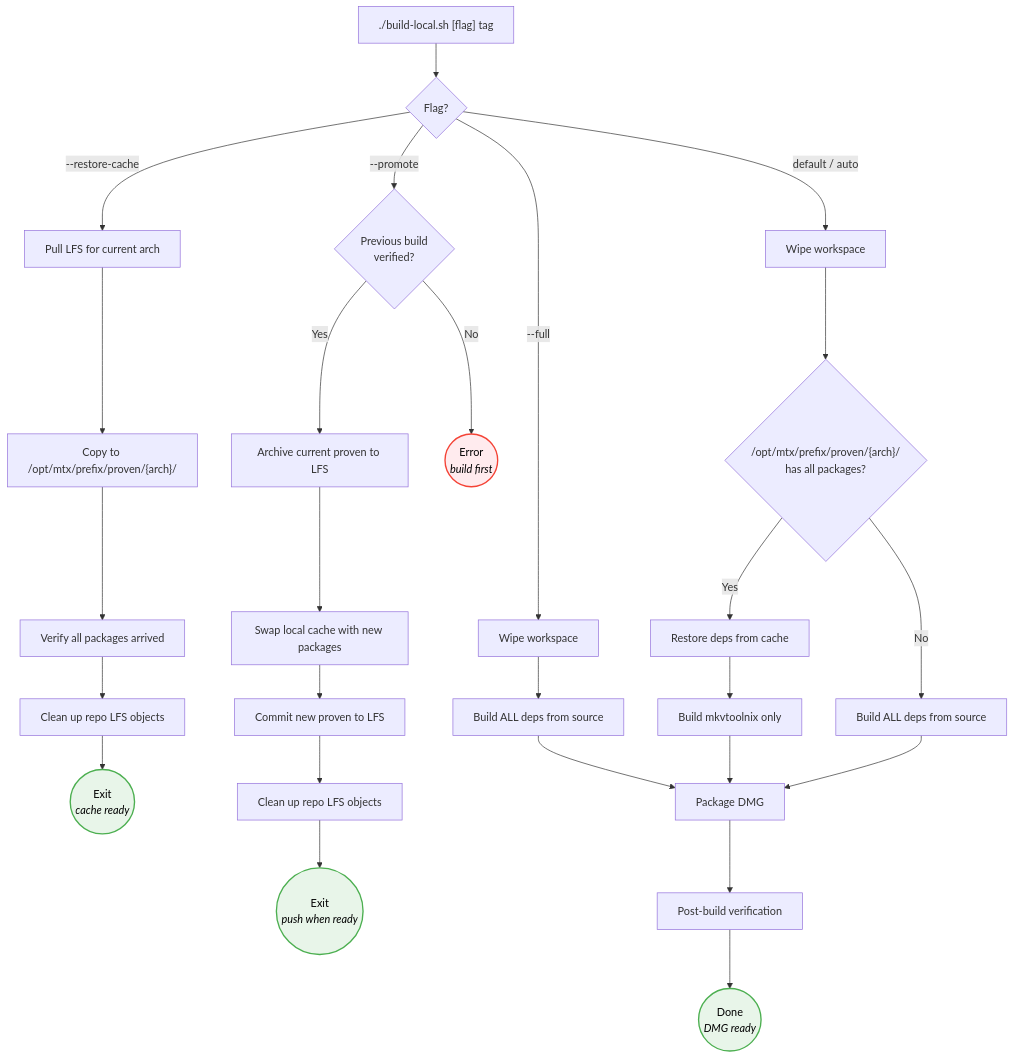
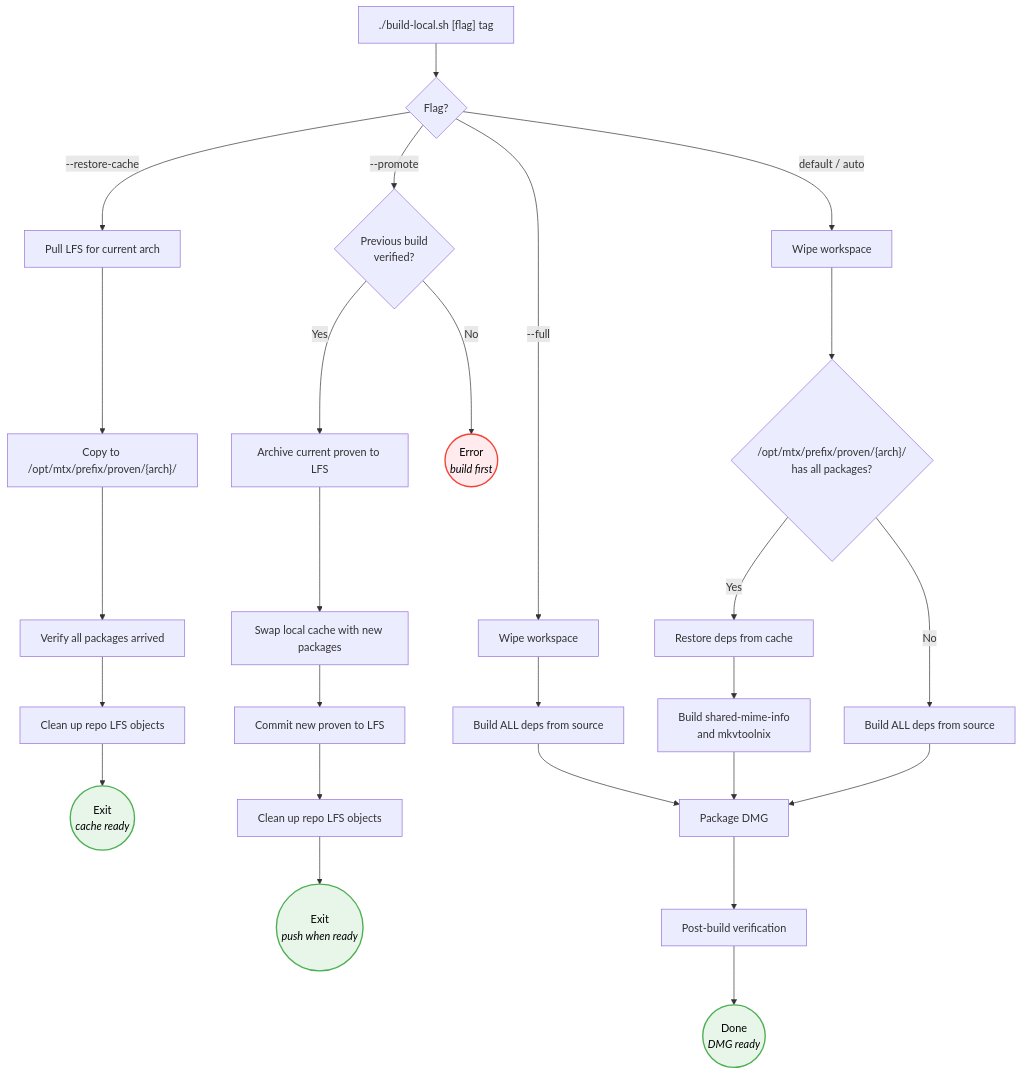
Before and after one commit to CorticalCode/mkvtoolnix-gui-macos: the second of 5 diagrams in docs/build-workflow.md, drawn with Mermaid. The commit also changed other lines of this file and 13 other files, not shown here.

````diff
--- a/docs/build-workflow.md
+++ b/docs/build-workflow.md
@@ -55,38 +55,38 @@
 ```mermaid
 flowchart TD
     START["./build-local.sh [flag] tag"] --> MODE{Flag?}
 
     MODE -->|--restore-cache| RC1["Pull LFS for current arch"]
     RC1 --> RC2["Copy to /opt/mtx/prefix/proven/{arch}/"]
     RC2 --> RC3["Verify all packages arrived"]
     RC3 --> RC4["Clean up repo LFS objects"]
     RC4 --> RC5(("Exit<br/><i>cache ready</i>"))
 
     MODE -->|--full| F1["Wipe workspace"]
     F1 --> F2["Build ALL deps from source"]
     F2 --> POST
 
     MODE -->|default / auto| A1["Wipe workspace"]
     A1 --> A2{"/opt/mtx/prefix/proven/{arch}/<br/>has all packages?"}
     A2 -->|Yes| A3["Restore deps from cache"]
-    A3 --> A4["Build mkvtoolnix only"]
+    A3 --> A4["Build shared-mime-info<br/>and mkvtoolnix"]
     A4 --> POST
     A2 -->|No| A5["Build ALL deps from source"]
     A5 --> POST
 
     MODE -->|--promote| P1{"Previous build<br/>verified?"}
     P1 -->|No| P2(("Error<br/><i>build first</i>"))
     P1 -->|Yes| P3["Archive current proven to LFS"]
     P3 --> P4["Swap local cache with new packages"]
     P4 --> P5["Commit new proven to LFS"]
     P5 --> P6["Clean up repo LFS objects"]
     P6 --> P7(("Exit<br/><i>push when ready</i>"))
 
     POST["Package DMG"] --> VERIFY["Post-build verification"]
     VERIFY --> DONE(("Done<br/><i>DMG ready</i>"))
 
     style RC5 fill:#e8f5e9,stroke:#4caf50,stroke-width:2px,color:#000
     style P2 fill:#ffebee,stroke:#f44336,stroke-width:2px,color:#000
     style P7 fill:#e8f5e9,stroke:#4caf50,stroke-width:2px,color:#000
     style DONE fill:#e8f5e9,stroke:#4caf50,stroke-width:2px,color:#000
 ```
````
